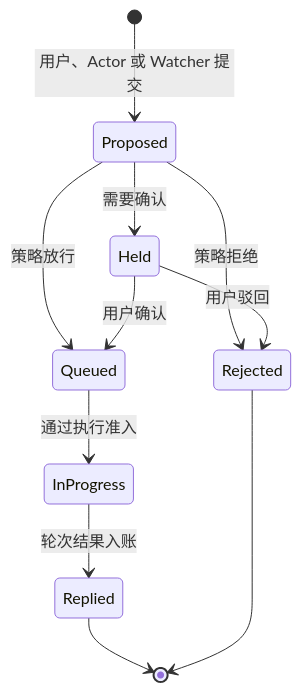
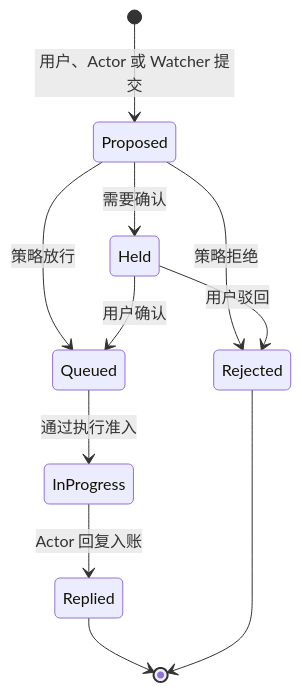
Before and after one commit to zhscn/consign: the first of 2 diagrams in DESIGN.md, drawn with Mermaid. The commit also changed other lines of this file, not shown here.

````diff
--- a/DESIGN.md
+++ b/DESIGN.md
@@ -71,13 +79,13 @@
 ```mermaid
 stateDiagram-v2
   [*] --> Proposed: 用户、Actor 或 Watcher 提交
   Proposed --> Held: 需要确认
   Proposed --> Rejected: 策略拒绝
   Proposed --> Queued: 策略放行
   Held --> Rejected: 用户驳回
   Held --> Queued: 用户确认
   Queued --> InProgress: 通过执行准入
-  InProgress --> Replied: 轮次结果入账
+  InProgress --> Replied: Actor 回复入账
   Replied --> [*]
   Rejected --> [*]
 ```
````
